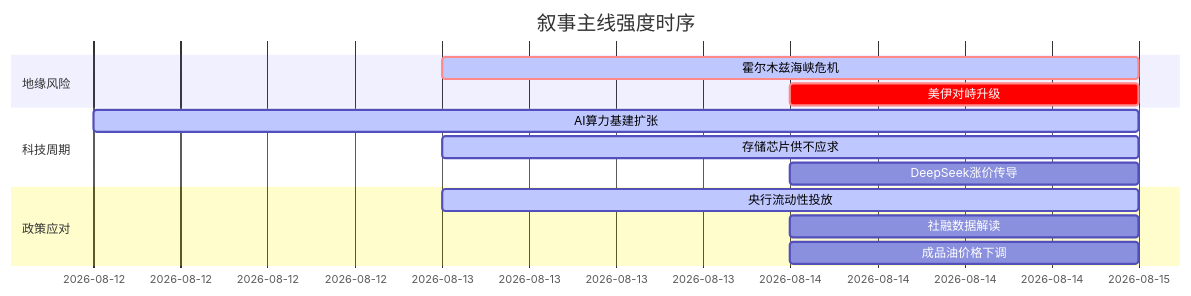
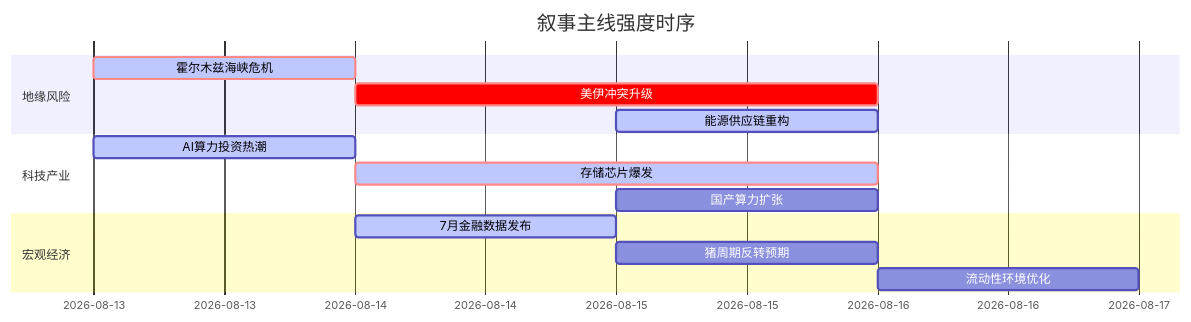
Before and after one commit to uu5zn/uu5zn.github.io: the diagram in 5day_report.md, drawn with Mermaid. The commit also changed other lines of this file and 3 other files, not shown here.

````diff
--- a/5day_report.md
+++ b/5day_report.md
@@ -72,18 +58,19 @@
 ```mermaid
 gantt
     title 叙事主线强度时序
     dateFormat YYYY-MM-DD
     section 地缘风险
-    霍尔木兹海峡危机   :crit, active, 2026-08-13, 2d
-    美伊对峙升级       :crit, 2026-08-14, 1d
+    霍尔木兹海峡危机   :crit, active, 2026-08-13, 1d
+    美伊冲突升级       :crit, 2026-08-14, 2d
+    能源供应链重构     :active, 2026-08-15, 1d
     
-    section 科技周期
-    AI算力基建扩张     :active, 2026-08-12, 3d
-    存储芯片供不应求   :active, 2026-08-13, 2d
-    DeepSeek涨价传导   :2026-08-14, 1d
+    section 科技产业
+    AI算力投资热潮     :active, 2026-08-13, 1d
+    存储芯片爆发       :crit, active, 2026-08-14, 2d
+    国产算力扩张       :2026-08-15, 1d
     
-    section 政策应对
-    央行流动性投放     :active, 2026-08-13, 2d
-    社融数据解读       :2026-08-14, 1d
-    成品油价格下调     :2026-08-14, 1d
+    section 宏观经济
+    7月金融数据发布    :active, 2026-08-14, 1d
+    猪周期反转预期     :2026-08-15, 1d
+    流动性环境优化     :2026-08-16, 1d
 ```
````
